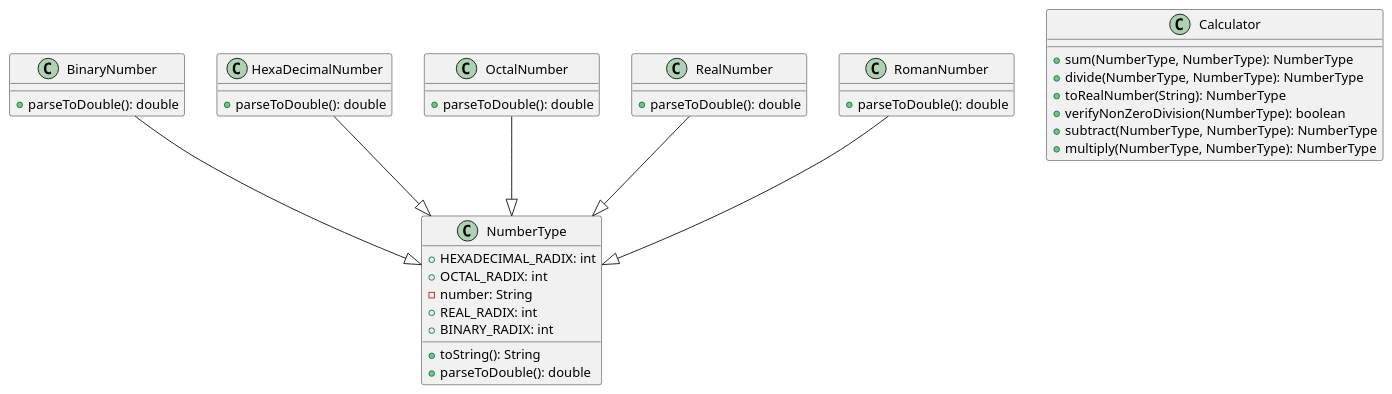
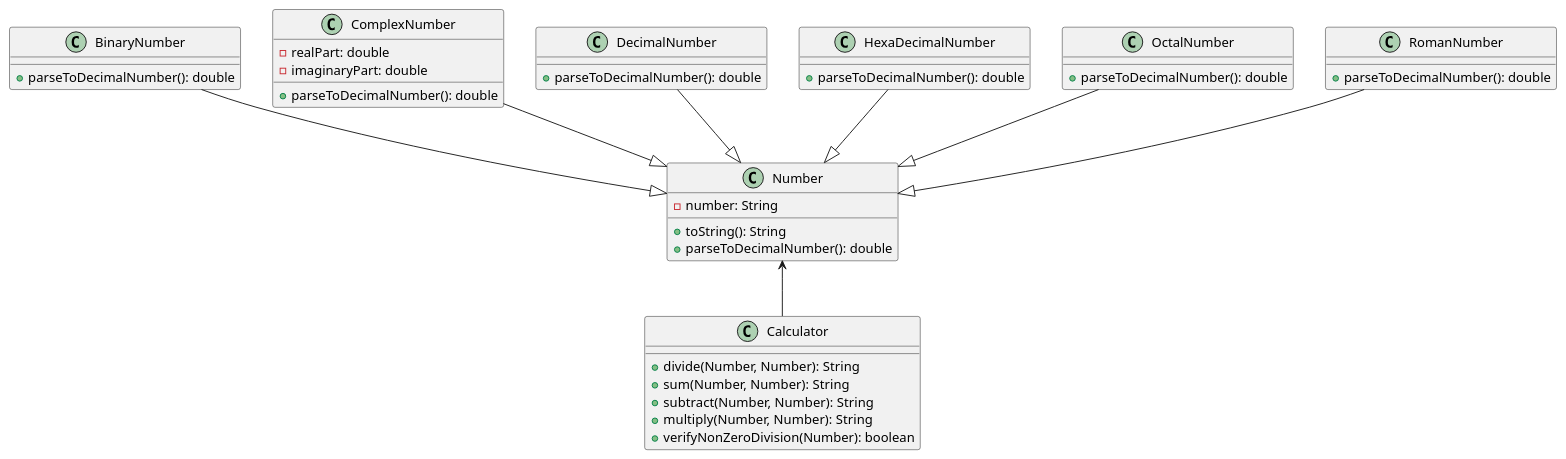
One commit to wesdell/calculator_design changed the diagram in src/Calculator.puml. Above: the diagram before and after it, drawn with PlantUML. The commit also changed 11 other files, not shown here.

```diff
--- a/src/Calculator.puml
+++ b/src/Calculator.puml
@@ -1,40 +1,43 @@
 @startuml
 class BinaryNumber {
-  + parseToDouble(): double
+  + parseToDecimalNumber(): double
 }
 class Calculator {
-  + sum(NumberType, NumberType): NumberType
-  + divide(NumberType, NumberType): NumberType
-  + toRealNumber(String): NumberType
-  + verifyNonZeroDivision(NumberType): boolean
-  + subtract(NumberType, NumberType): NumberType
-  + multiply(NumberType, NumberType): NumberType
+  + divide(Number, Number): String
+  + sum(Number, Number): String
+  + subtract(Number, Number): String
+  + multiply(Number, Number): String
+  + verifyNonZeroDivision(Number): boolean
+}
+class ComplexNumber {
+  - realPart: double
+  - imaginaryPart: double
+  + parseToDecimalNumber(): double
+}
+class DecimalNumber {
+  + parseToDecimalNumber(): double
 }
 class HexaDecimalNumber {
-  + parseToDouble(): double
+  + parseToDecimalNumber(): double
 }
-class NumberType {
-  + HEXADECIMAL_RADIX: int
-  + OCTAL_RADIX: int
+class Number {
   - number: String
-  + REAL_RADIX: int
-  + BINARY_RADIX: int
   + toString(): String
-  + parseToDouble(): double
+  + parseToDecimalNumber(): double
 }
 class OctalNumber {
-  + parseToDouble(): double
-}
-class RealNumber {
-  + parseToDouble(): double
+  + parseToDecimalNumber(): double
 }
 class RomanNumber {
-  + parseToDouble(): double
+  + parseToDecimalNumber(): double
 }
 
-BinaryNumber       --|>  NumberType
-HexaDecimalNumber  --|>  NumberType
-OctalNumber        --|>  NumberType
-RealNumber         --|>  NumberType
-RomanNumber        --|>  NumberType
+Calculator -u-> Number
+
+BinaryNumber       --|>  Number
+ComplexNumber      --|>  Number
+DecimalNumber      --|>  Number
+HexaDecimalNumber  --|>  Number
+OctalNumber        --|>  Number
+RomanNumber        --|>  Number
 @enduml
```
